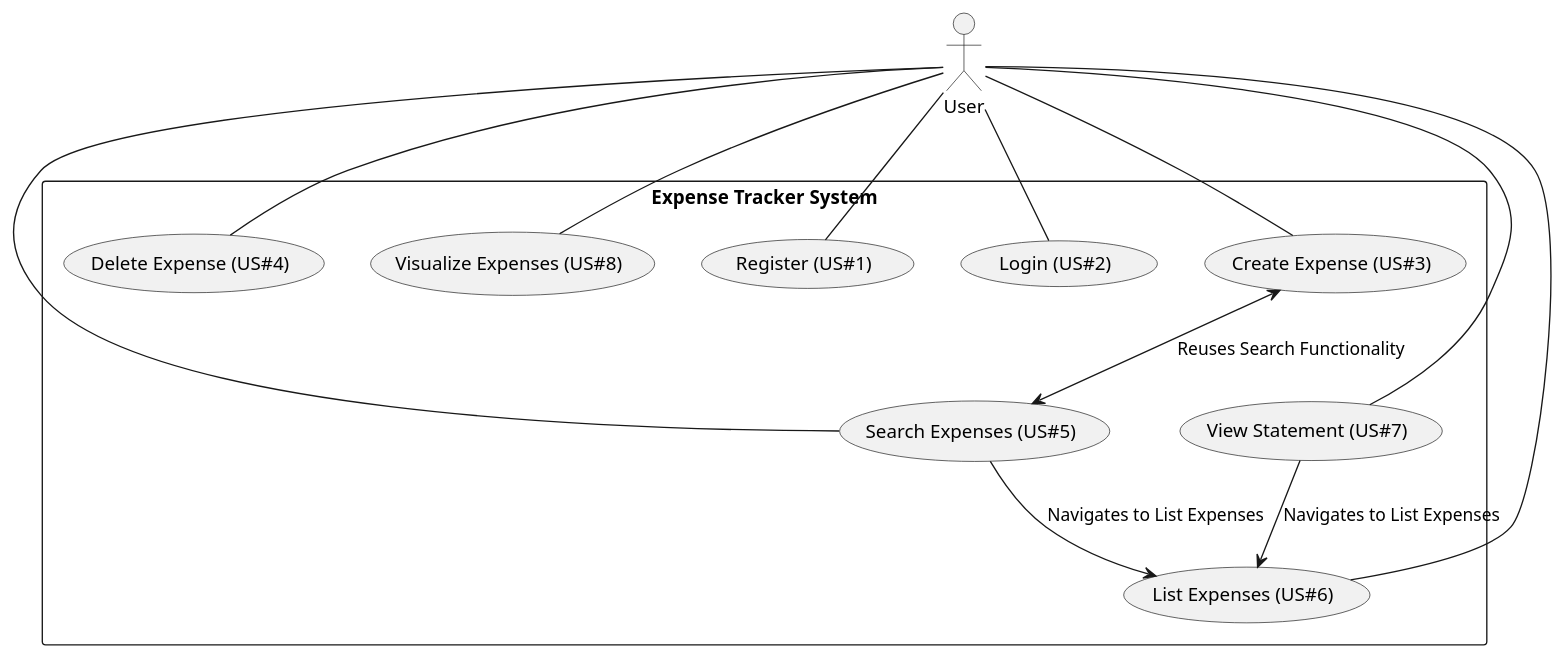
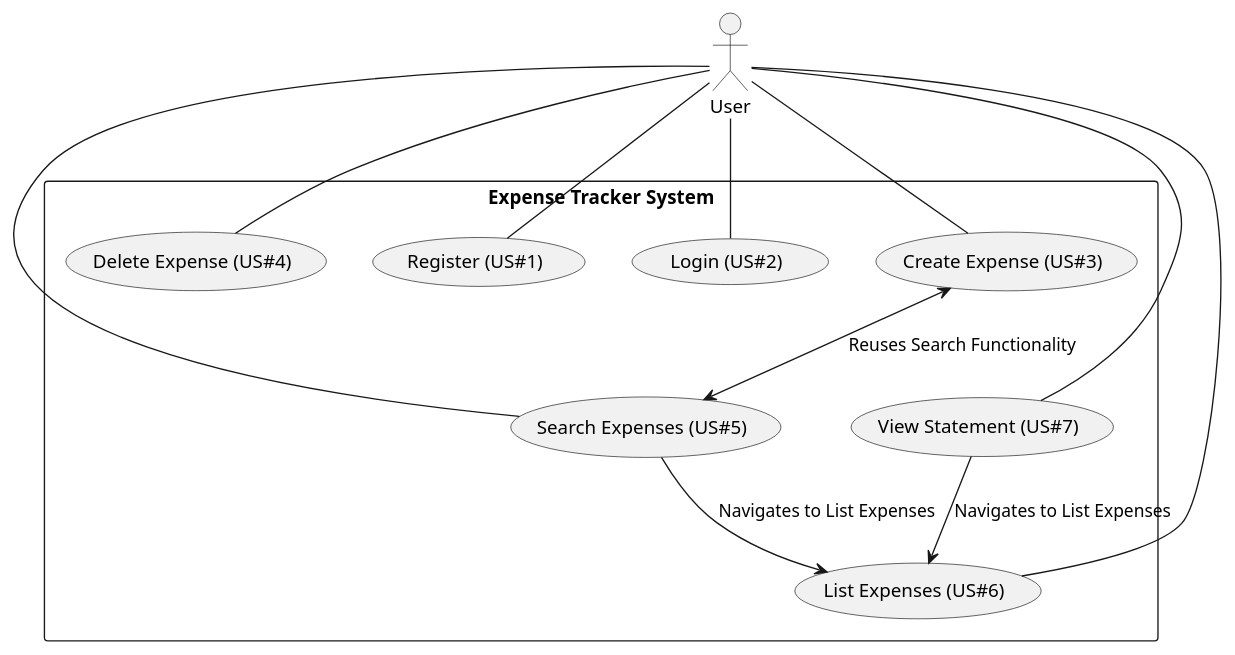
The diagram in uml/use_case.wsd (msu-denver/project-3-jayar-budgeting), drawn with PlantUML before and after one commit. The commit also changed 7 other files, not shown here.

```diff
--- a/uml/use_case.wsd
+++ b/uml/use_case.wsd
@@ -1,28 +1,26 @@
 @startuml use_case
 actor User
 
 rectangle "Expense Tracker System" {
     usecase "Register (US#1)" as UC1
     usecase "Login (US#2)" as UC2
     usecase "Create Expense (US#3)" as UC3
     usecase "Delete Expense (US#4)" as UC4
     usecase "Search Expenses (US#5)" as UC5
     usecase "List Expenses (US#6)" as UC6
     usecase "View Statement (US#7)" as UC7
-    usecase "Visualize Expenses (US#8)" as UC8
 }
 
 User -- UC1
 User -- UC2
 User -- UC3
 User -- UC4
 User -- UC5
 User -- UC6
 User -- UC7
-User -- UC8
 
 UC3 <--> UC5 : Reuses Search Functionality
 UC5 --> UC6 : Navigates to List Expenses
 UC7 --> UC6 : Navigates to List Expenses
 
 @enduml
```
